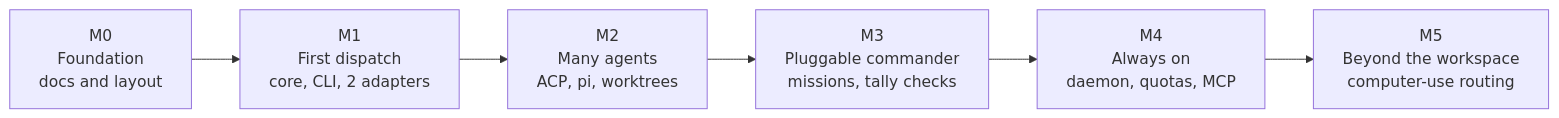
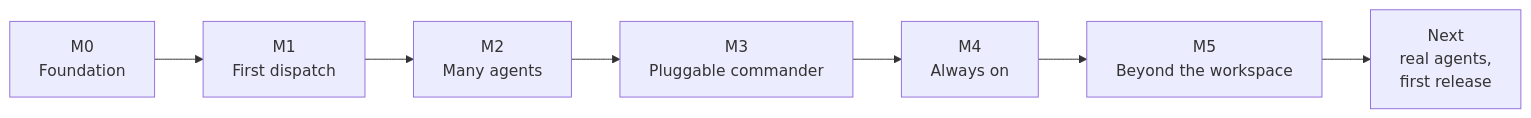
Before and after one commit to kverona-ai/hufu: the diagram in doc/roadmap.md, drawn with Mermaid. The commit also changed other lines of this file and 27 other files, not shown here.

````diff
--- a/doc/roadmap.md
+++ b/doc/roadmap.md
@@ -12,8 +15,9 @@
 ```mermaid
 flowchart LR
-    M0["M0<br/>Foundation<br/>docs and layout"] --> M1["M1<br/>First dispatch<br/>core, CLI, 2 adapters"]
-    M1 --> M2["M2<br/>Many agents<br/>ACP, pi, worktrees"]
-    M2 --> M3["M3<br/>Pluggable commander<br/>missions, tally checks"]
-    M3 --> M4["M4<br/>Always on<br/>daemon, quotas, MCP"]
-    M4 --> M5["M5<br/>Beyond the workspace<br/>computer-use routing"]
+    M0["M0<br/>Foundation"] --> M1["M1<br/>First dispatch"]
+    M1 --> M2["M2<br/>Many agents"]
+    M2 --> M3["M3<br/>Pluggable commander"]
+    M3 --> M4["M4<br/>Always on"]
+    M4 --> M5["M5<br/>Beyond the workspace"]
+    M5 --> N["Next<br/>real agents,<br/>first release"]
 ```
````
